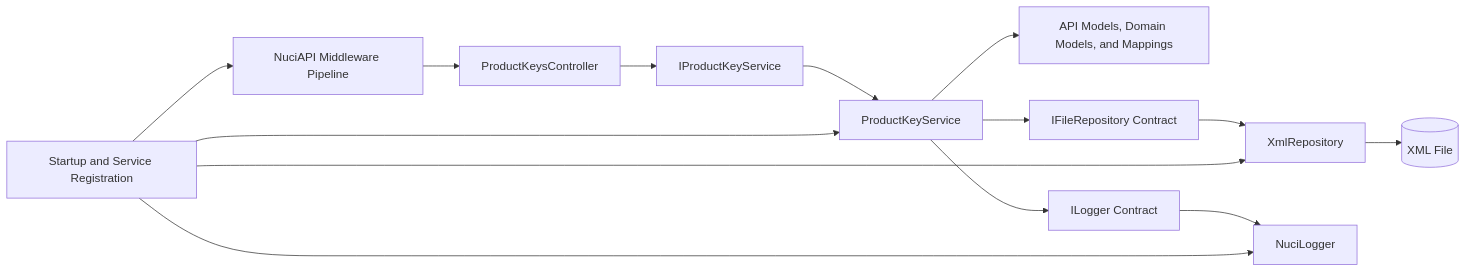
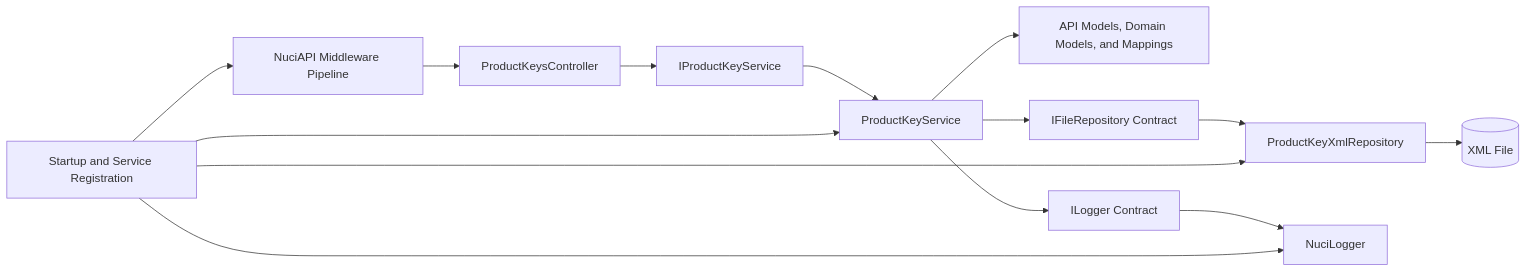
Before and after one commit to hmlendea/product-key-manager: the second of 8 diagrams in ARCHITECTURE.md, drawn with Mermaid. The commit also changed other lines of this file and 13 other files, not shown here.

````diff
--- a/ARCHITECTURE.md
+++ b/ARCHITECTURE.md
@@ -73,16 +73,16 @@
 ```mermaid
 flowchart LR
     Composition[Startup and Service Registration] --> Middleware[NuciAPI Middleware Pipeline]
     Middleware --> Controller[ProductKeysController]
     Controller --> Contract[IProductKeyService]
     Contract --> Service[ProductKeyService]
     Service --> Models[API Models, Domain Models, and Mappings]
     Service --> RepositoryContract[IFileRepository Contract]
-    RepositoryContract --> XmlRepository[XmlRepository]
+    RepositoryContract --> XmlRepository[ProductKeyXmlRepository]
     XmlRepository --> KeyFile[(XML File)]
     Service --> LoggerContract[ILogger Contract]
     LoggerContract --> Logger[NuciLogger]
     Composition --> Service
     Composition --> XmlRepository
     Composition --> Logger
 ```
````
